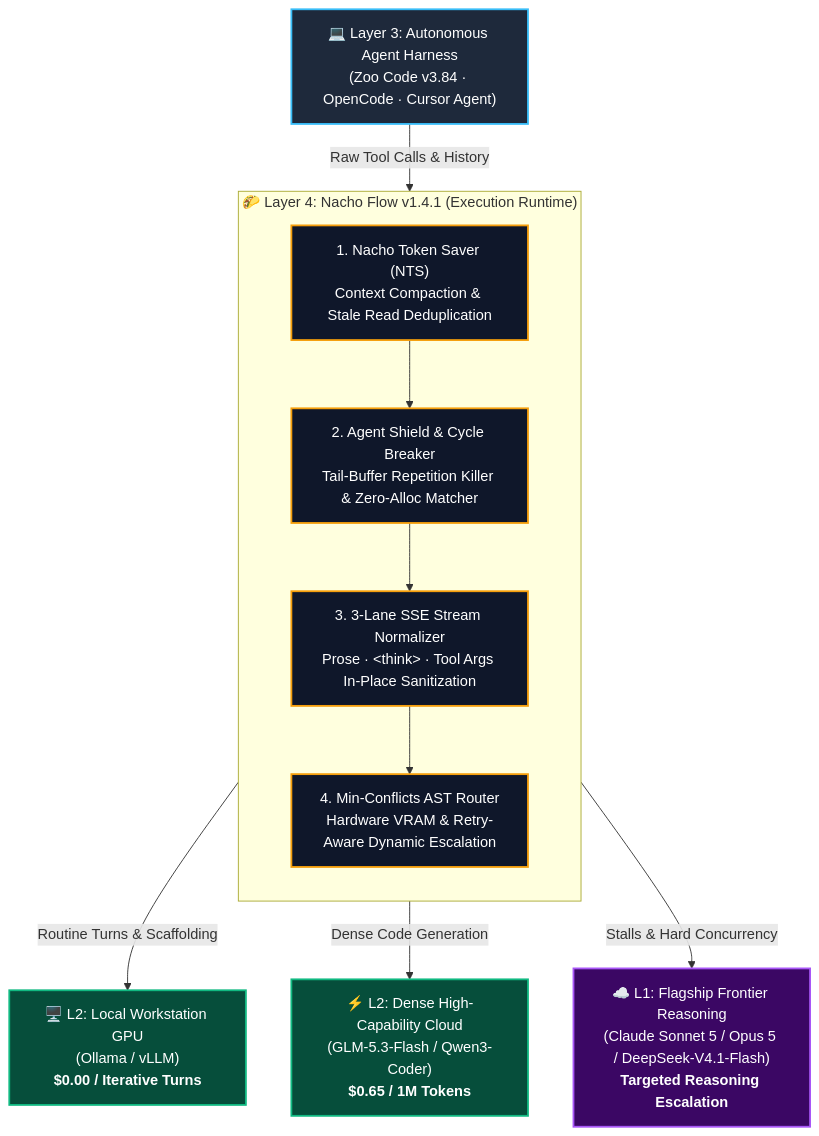
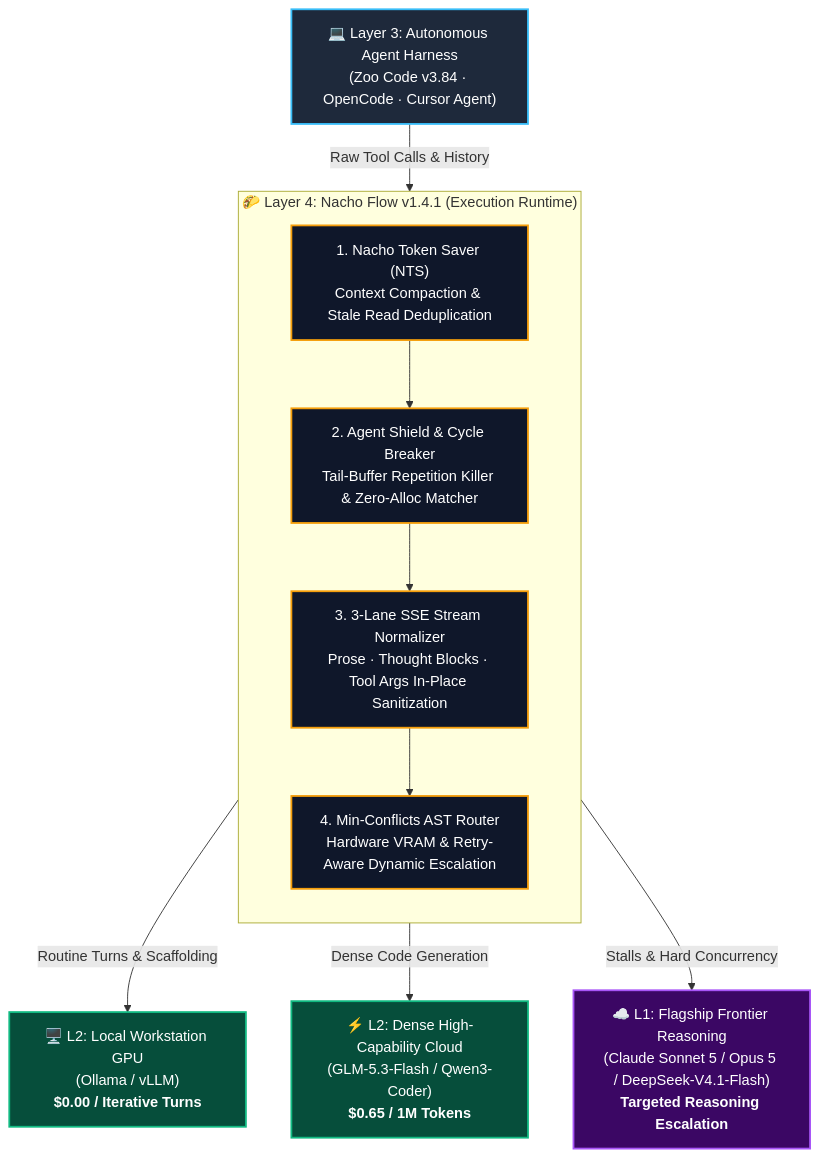
Before and after one commit to dixieflatline76/nacho-flow: the first of 2 diagrams in docs/THE_AUTONOMOUS_AGENT_RUNTIME_WHITEPAPER.md, drawn with Mermaid. The commit also changed other lines of this file and 4 other files, not shown here.

````diff
--- a/docs/THE_AUTONOMOUS_AGENT_RUNTIME_WHITEPAPER.md
+++ b/docs/THE_AUTONOMOUS_AGENT_RUNTIME_WHITEPAPER.md
@@ -24,28 +24,28 @@
 ```mermaid
 flowchart TD
     classDef client fill:#1e293b,stroke:#38bdf8,stroke-width:2px,color:#fff;
     classDef runtime fill:#0f172a,stroke:#f59e0b,stroke-width:2px,color:#fff;
     classDef backend fill:#064e3b,stroke:#10b981,stroke-width:2px,color:#fff;
     classDef frontier fill:#3b0764,stroke:#a855f7,stroke-width:2px,color:#fff;
 
     Client["💻 Layer 3: Autonomous Agent Harness<br/>(Zoo Code v3.84 · OpenCode · Cursor Agent)"]:::client
     
     subgraph NachoRuntime ["🌮 Layer 4: Nacho Flow v1.4.1 (Execution Runtime)"]
         direction TB
         NTS["1. Nacho Token Saver (NTS)<br/>Context Compaction & Stale Read Deduplication"]:::runtime
         Shield["2. Agent Shield & Cycle Breaker<br/>Tail-Buffer Repetition Killer & Zero-Alloc Matcher"]:::runtime
-        Normalizer["3. 3-Lane SSE Stream Normalizer<br/>Prose · &lt;think&gt; · Tool Args In-Place Sanitization"]:::runtime
+        Normalizer["3. 3-Lane SSE Stream Normalizer<br/>Prose · Thought Blocks · Tool Args In-Place Sanitization"]:::runtime
         Tuner["4. Min-Conflicts AST Router<br/>Hardware VRAM & Retry-Aware Dynamic Escalation"]:::runtime
         
         NTS --> Shield --> Normalizer --> Tuner
     end
 
     LocalGPU["🖥️ L2: Local Workstation GPU<br/>(Ollama / vLLM)<br/><b>$0.00 / Iterative Turns</b>"]:::backend
     BudgetCloud["⚡ L2: Dense High-Capability Cloud<br/>(GLM-5.3-Flash / Qwen3-Coder)<br/><b>$0.65 / 1M Tokens</b>"]:::backend
     FrontierCloud["☁️ L1: Flagship Frontier Reasoning<br/>(Claude Sonnet 5 / Opus 5 / DeepSeek-V4.1-Flash)<br/><b>Targeted Reasoning Escalation</b>"]:::frontier
 
     Client -->|Raw Tool Calls & History| NachoRuntime
     Tuner -->|Routine Turns & Scaffolding| LocalGPU
     Tuner -->|Dense Code Generation| BudgetCloud
     Tuner -->|Stalls & Hard Concurrency| FrontierCloud
 ```
````
